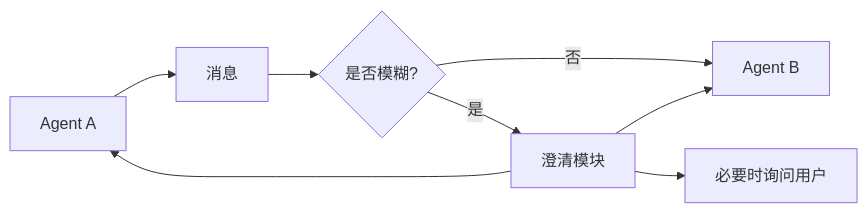
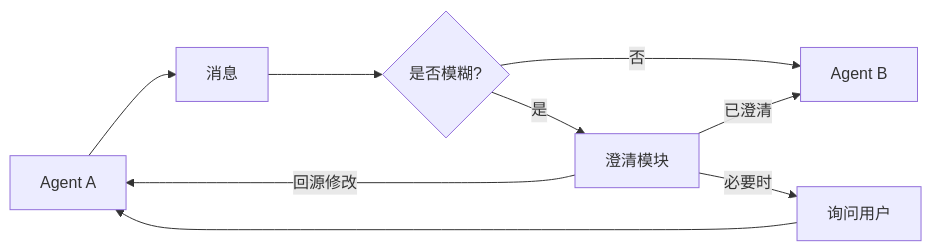
One commit to riba2534/multi-agent-wiki-cn changed the diagram in content/wiki/patterns/clarification-at-edge.md. Above: the diagram before and after it, drawn with Mermaid. The commit also changed other lines of this file and 41 other files, not shown here.

First line of the commit message:
docs: 全面质量改进 - 术语统一、Mermaid规范化、间距修复

````diff
--- a/content/wiki/patterns/clarification-at-edge.md
+++ b/content/wiki/patterns/clarification-at-edge.md
@@ -24,10 +24,11 @@
 ```mermaid
 flowchart LR
-  A[Agent A] --> M[消息]
-  M --> C{是否模糊?}
-  C -->|否| B[Agent B]
-  C -->|是| Q[澄清模块]
-  Q --> A
-  Q --> U[必要时询问用户]
-  Q --> B
+  A[Agent A] --> M["消息"]
+  M --> C{"是否模糊?"}
+  C -->|"否"| B[Agent B]
+  C -->|"是"| Q["澄清模块"]
+  Q -->|"回源修改"| A
+  Q -->|"必要时"| U["询问用户"]
+  U --> A
+  Q -->|"已澄清"| B
 ```
````
